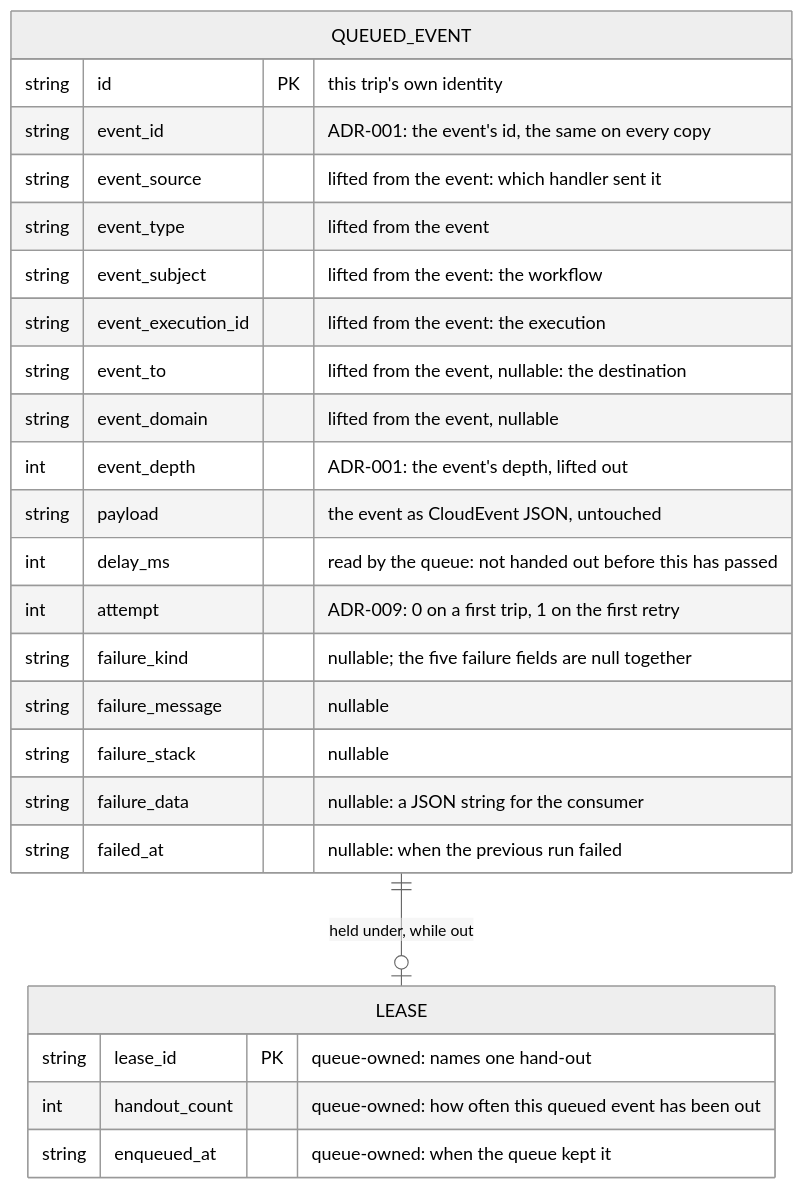
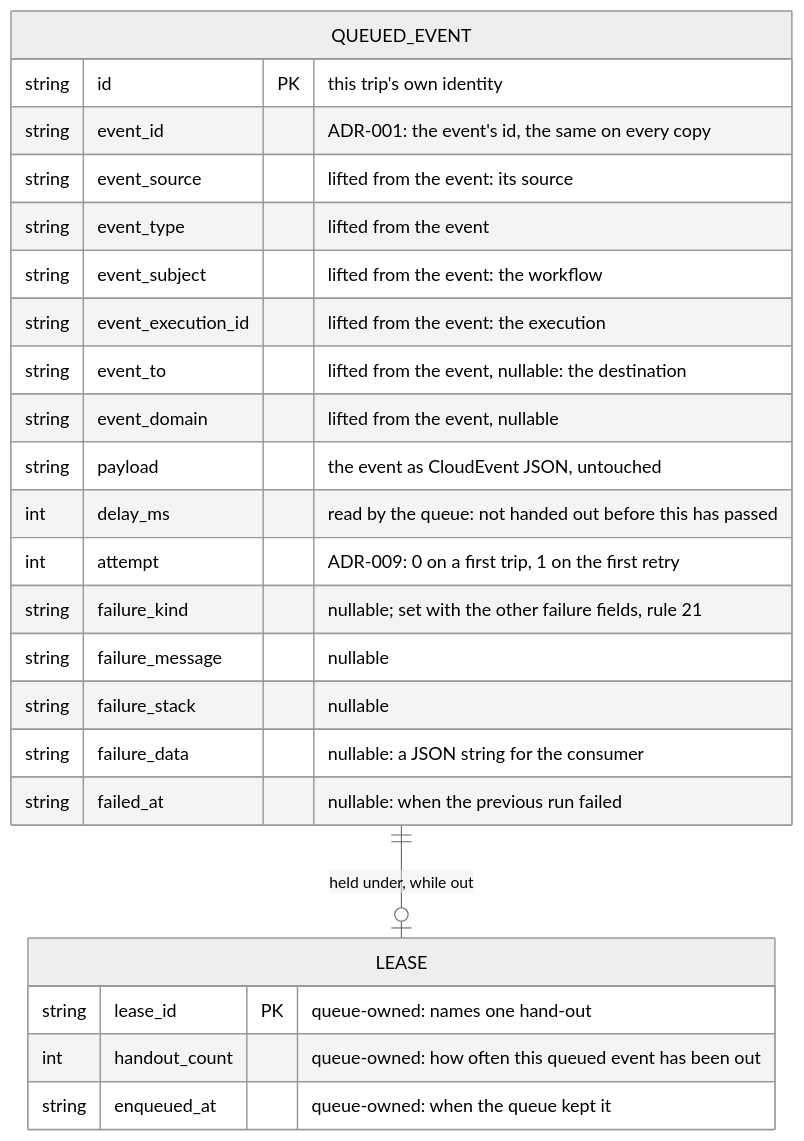
One commit to SaadAhmad123/arvo-core changed the first of 3 diagrams in docs/adr/021-queue.md. Above: the diagram before and after it, drawn with Mermaid (neutral theme). The commit also changed other lines of this file, not shown here.

First line of the commit message:
docs(adr): ADR-021 drops event_depth, and closes the review's gaps

````diff
--- a/docs/adr/021-queue.md
+++ b/docs/adr/021-queue.md
@@ -70,28 +70,27 @@
 ```mermaid
 erDiagram
     QUEUED_EVENT ||--o| LEASE : "held under, while out"
     QUEUED_EVENT {
         string id                  PK "this trip's own identity"
         string event_id               "ADR-001: the event's id, the same on every copy"
-        string event_source           "lifted from the event: which handler sent it"
+        string event_source           "lifted from the event: its source"
         string event_type             "lifted from the event"
         string event_subject          "lifted from the event: the workflow"
         string event_execution_id     "lifted from the event: the execution"
         string event_to               "lifted from the event, nullable: the destination"
         string event_domain           "lifted from the event, nullable"
-        int    event_depth            "ADR-001: the event's depth, lifted out"
         string payload                "the event as CloudEvent JSON, untouched"
         int    delay_ms               "read by the queue: not handed out before this has passed"
         int    attempt                "ADR-009: 0 on a first trip, 1 on the first retry"
-        string failure_kind           "nullable; the five failure fields are null together"
+        string failure_kind           "nullable; set with the other failure fields, rule 21"
         string failure_message        "nullable"
         string failure_stack          "nullable"
         string failure_data           "nullable: a JSON string for the consumer"
         string failed_at              "nullable: when the previous run failed"
     }
     LEASE {
         string lease_id            PK "queue-owned: names one hand-out"
         int    handout_count          "queue-owned: how often this queued event has been out"
         string enqueued_at            "queue-owned: when the queue kept it"
     }
 ```
````
